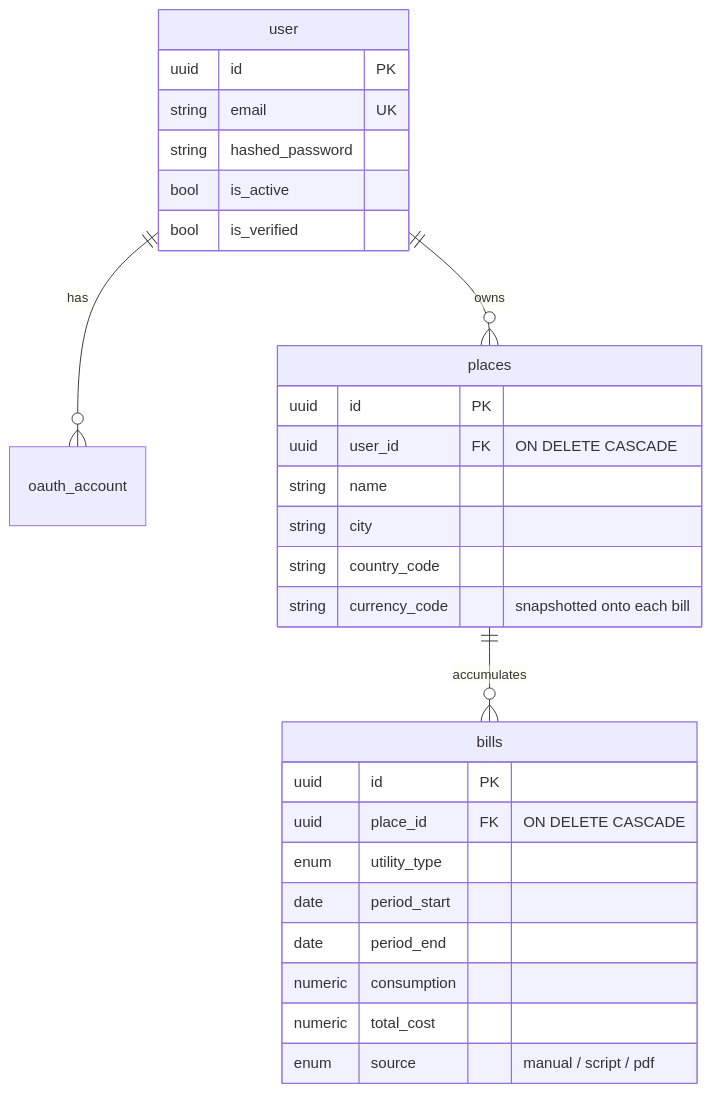
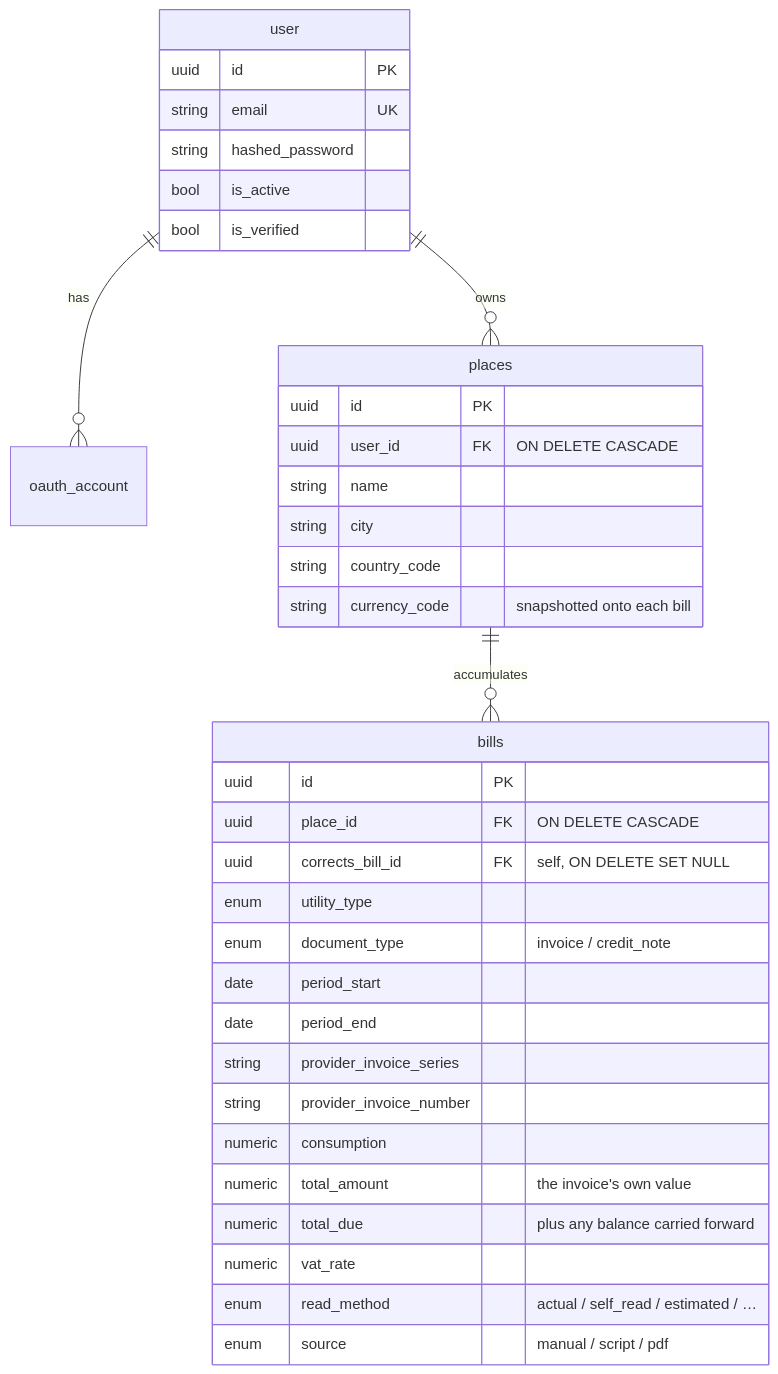
One commit to llevintza/energlens changed the fourth of 6 diagrams in docs/architecture.md. Above: the diagram before and after it, drawn with Mermaid. The commit also changed other lines of this file and 13 other files, not shown here.

First line of the commit message:
Let a bill be an invoice: identity, VAT, and corrections (#90)

````diff
--- a/docs/architecture.md
+++ b/docs/architecture.md
@@ -136,32 +136,39 @@
 ```mermaid
 erDiagram
     user ||--o{ oauth_account : "has"
     user ||--o{ places : "owns"
     places ||--o{ bills : "accumulates"
 
     user {
         uuid id PK
         string email UK
         string hashed_password
         bool is_active
         bool is_verified
     }
     places {
         uuid id PK
         uuid user_id FK "ON DELETE CASCADE"
         string name
         string city
         string country_code
         string currency_code "snapshotted onto each bill"
     }
     bills {
         uuid id PK
         uuid place_id FK "ON DELETE CASCADE"
+        uuid corrects_bill_id FK "self, ON DELETE SET NULL"
         enum utility_type
+        enum document_type "invoice / credit_note"
         date period_start
         date period_end
+        string provider_invoice_series
+        string provider_invoice_number
         numeric consumption
-        numeric total_cost
+        numeric total_amount "the invoice's own value"
+        numeric total_due "plus any balance carried forward"
+        numeric vat_rate
+        enum read_method "actual / self_read / estimated / …"
         enum source "manual / script / pdf"
     }
 ```
````
